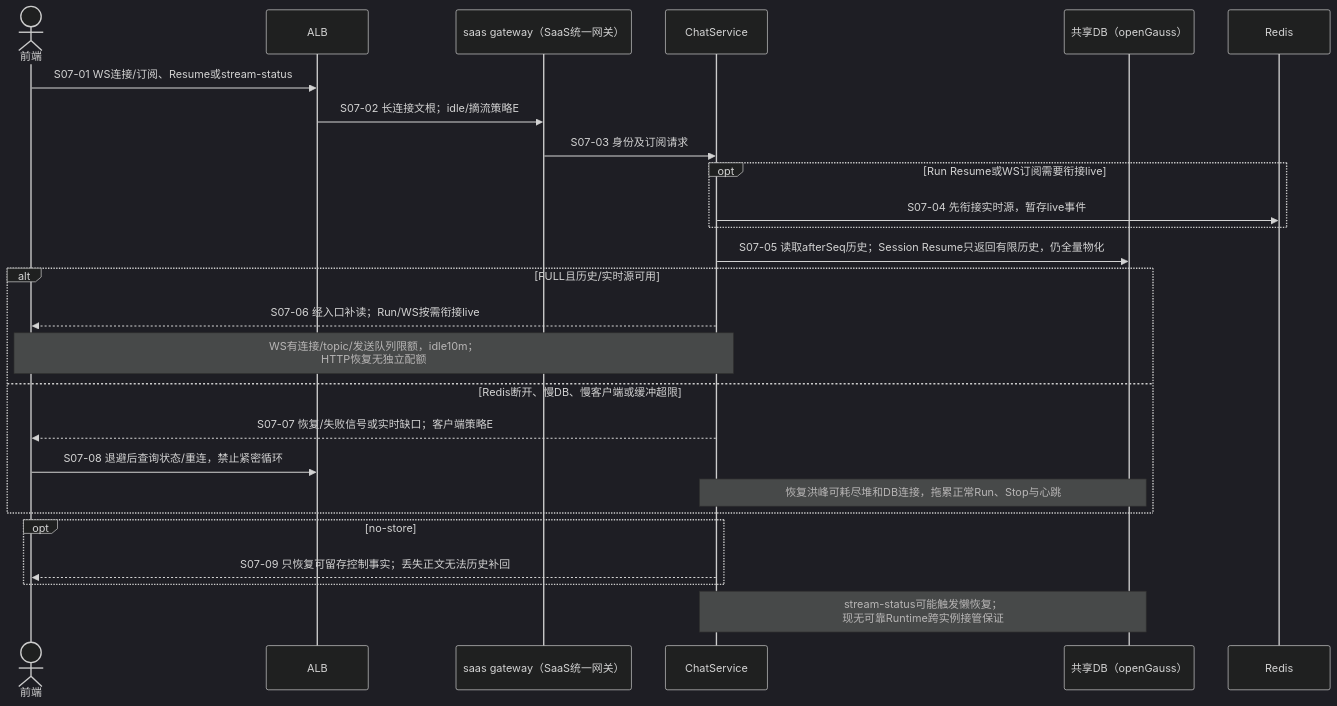
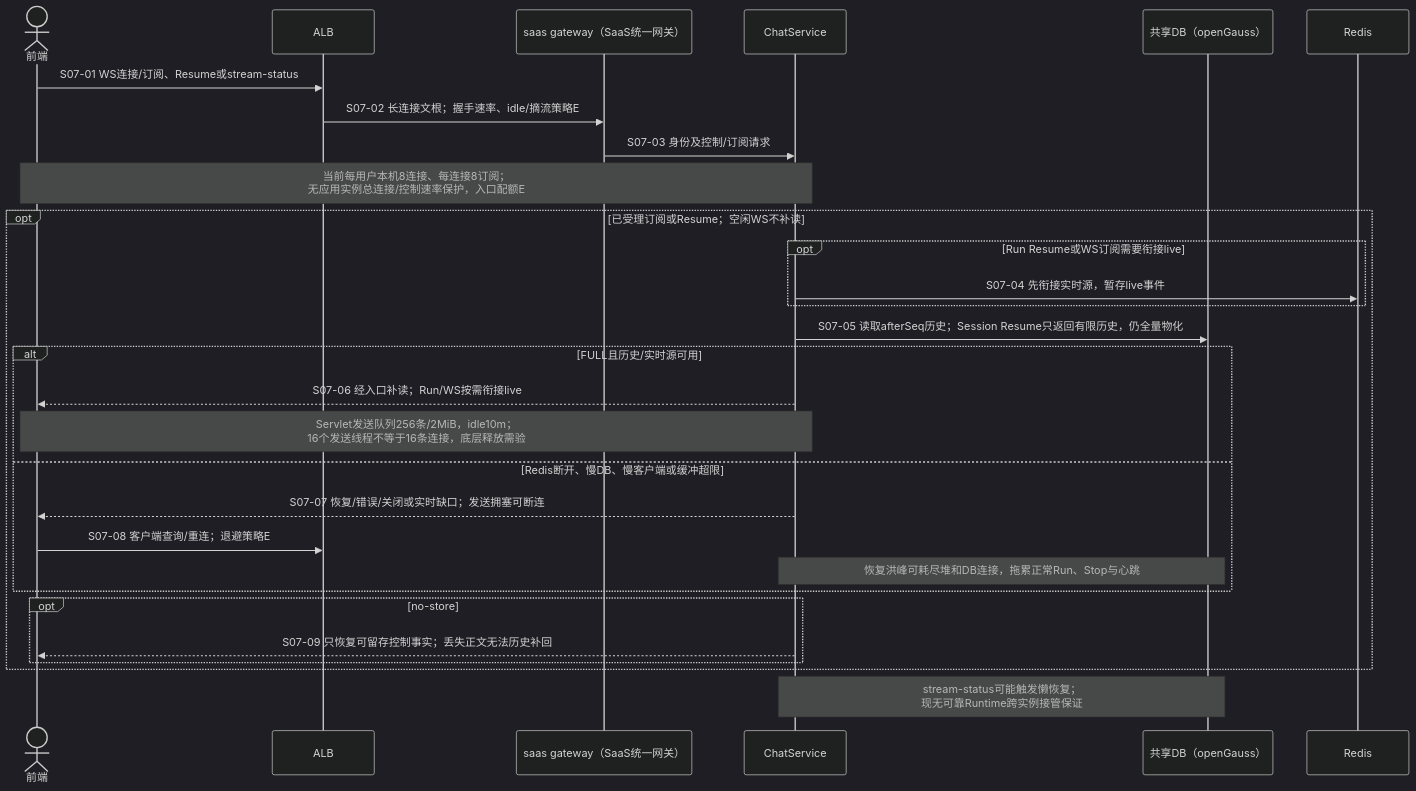
The seventh of 12 diagrams in docs/architecture/high-availability/scenarios.md (kunben-duck/exweb), drawn with Mermaid (dark theme) before and after one commit. The commit also changed other lines of this file and 6 other files, not shown here.

````diff
--- a/docs/architecture/high-availability/scenarios.md
+++ b/docs/architecture/high-availability/scenarios.md
@@ -349,28 +350,31 @@
 ```mermaid
 sequenceDiagram
 actor WEB as 前端
     participant ALB
     participant GW as saas gateway（SaaS统一网关）
     participant CHAT as ChatService
     participant DB as 共享DB（openGauss）
     participant REDIS as Redis
     WEB->>ALB: S07-01 WS连接/订阅、Resume或stream-status
-    ALB->>GW: S07-02 长连接文根；idle/摘流策略E
-    GW->>CHAT: S07-03 身份及订阅请求
-    opt Run Resume或WS订阅需要衔接live
-        CHAT->>REDIS: S07-04 先衔接实时源，暂存live事件
-    end
-    CHAT->>DB: S07-05 读取afterSeq历史；Session Resume只返回有限历史，仍全量物化
-    alt FULL且历史/实时源可用
-        CHAT-->>WEB: S07-06 经入口补读；Run/WS按需衔接live
-        Note over CHAT,WEB: WS有连接/topic/发送队列限额，idle10m；<br/>HTTP恢复无独立配额
-    else Redis断开、慢DB、慢客户端或缓冲超限
-        CHAT-->>WEB: S07-07 恢复/失败信号或实时缺口；客户端策略E
-        WEB->>ALB: S07-08 退避后查询状态/重连，禁止紧密循环
-        Note over CHAT,DB: 恢复洪峰可耗尽堆和DB连接，拖累正常Run、Stop与心跳
-    end
-    opt no-store
-        CHAT-->>WEB: S07-09 只恢复可留存控制事实；丢失正文无法历史补回
+    ALB->>GW: S07-02 长连接文根；握手速率、idle/摘流策略E
+    GW->>CHAT: S07-03 身份及控制/订阅请求
+    Note over CHAT,WEB: 当前每用户本机8连接、每连接8订阅；<br/>无应用实例总连接/控制速率保护，入口配额E
+    opt 已受理订阅或Resume；空闲WS不补读
+        opt Run Resume或WS订阅需要衔接live
+            CHAT->>REDIS: S07-04 先衔接实时源，暂存live事件
+        end
+        CHAT->>DB: S07-05 读取afterSeq历史；Session Resume只返回有限历史，仍全量物化
+        alt FULL且历史/实时源可用
+            CHAT-->>WEB: S07-06 经入口补读；Run/WS按需衔接live
+            Note over CHAT,WEB: Servlet发送队列256条/2MiB，idle10m；<br/>16个发送线程不等于16条连接，底层释放需验
+        else Redis断开、慢DB、慢客户端或缓冲超限
+            CHAT-->>WEB: S07-07 恢复/错误/关闭或实时缺口；发送拥塞可断连
+            WEB->>ALB: S07-08 客户端查询/重连；退避策略E
+            Note over CHAT,DB: 恢复洪峰可耗尽堆和DB连接，拖累正常Run、Stop与心跳
+        end
+        opt no-store
+            CHAT-->>WEB: S07-09 只恢复可留存控制事实；丢失正文无法历史补回
+        end
     end
     Note over CHAT,DB: stream-status可能触发懒恢复；<br/>现无可靠Runtime跨实例接管保证
 ```
````
